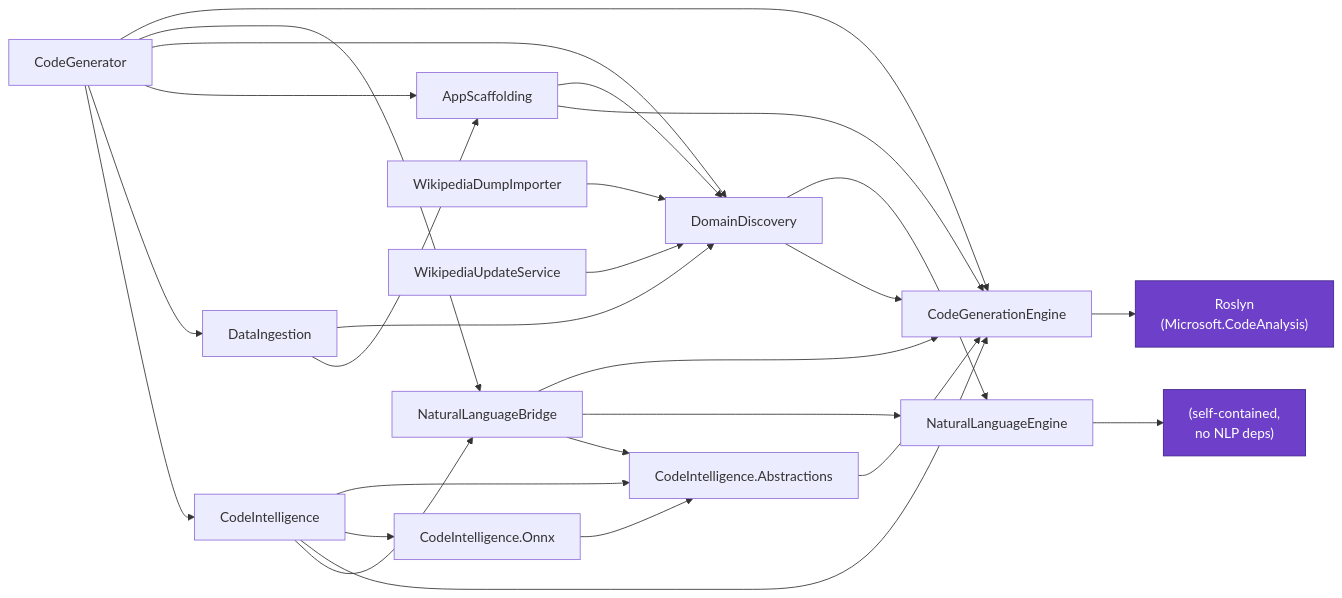
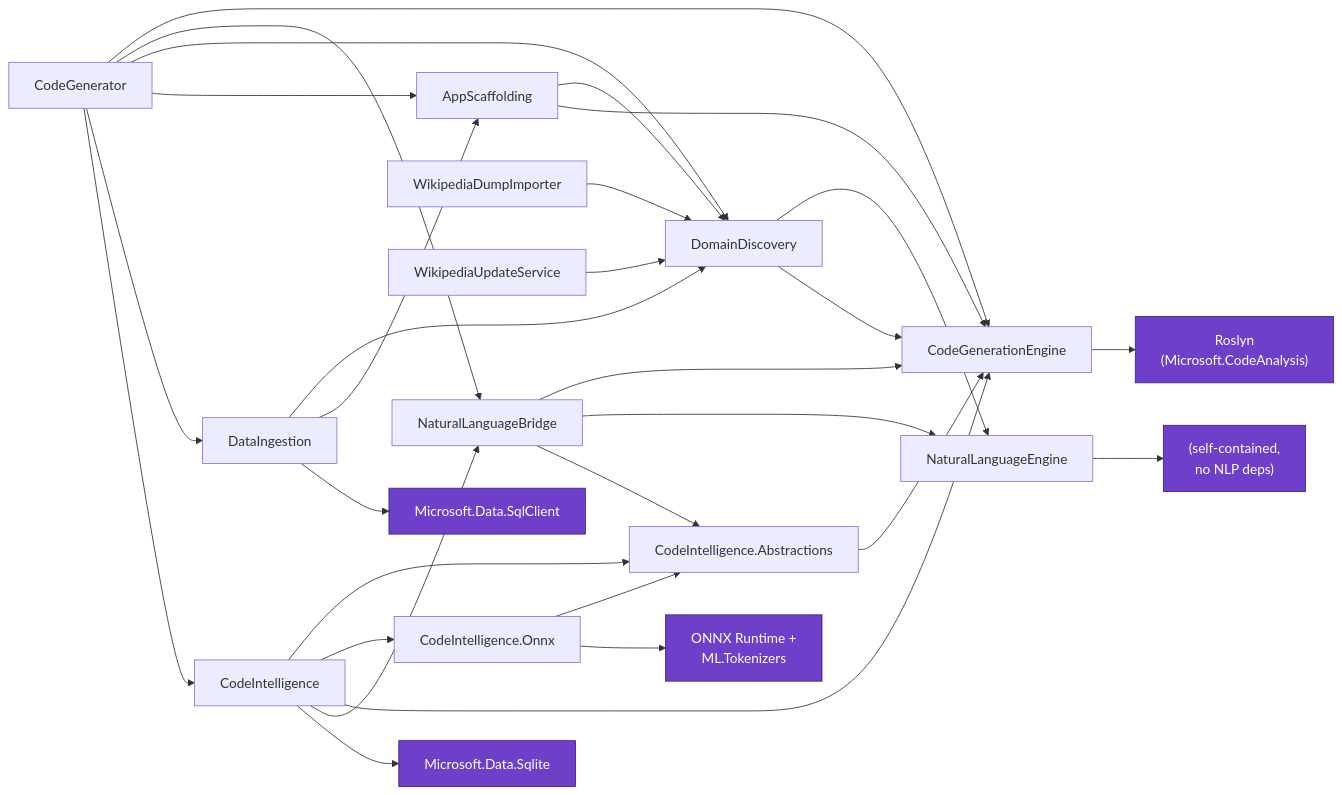
One commit to rohit-sharma444/SmartCodeGenerator changed the third of 7 diagrams in docs/architecture.md. Above: the diagram before and after it, drawn with Mermaid. The commit also changed other lines of this file and 34 other files, not shown here.

First line of the commit message:
docs: refresh help, user manual, READMEs and diagrams against the code

````diff
--- a/docs/architecture.md
+++ b/docs/architecture.md
@@ -277,31 +290,34 @@
 ```mermaid
 flowchart LR
     CodeGenerator --> CodeGenerationEngine
     CodeGenerator --> NaturalLanguageBridge
     CodeGenerator --> DomainDiscovery
     CodeGenerator --> AppScaffolding
     CodeGenerator --> DataIngestion
     CodeGenerator --> CodeIntelligence
     NaturalLanguageBridge --> CodeGenerationEngine
     NaturalLanguageBridge --> NaturalLanguageEngine
     NaturalLanguageBridge --> CodeIntelligence.Abstractions
     CodeIntelligence --> CodeIntelligence.Abstractions
     CodeIntelligence --> CodeIntelligence.Onnx
     CodeIntelligence --> CodeGenerationEngine
     CodeIntelligence --> NaturalLanguageBridge
     CodeIntelligence.Onnx --> CodeIntelligence.Abstractions
     CodeIntelligence.Abstractions --> CodeGenerationEngine
     DomainDiscovery --> NaturalLanguageEngine
     DomainDiscovery --> CodeGenerationEngine
     WikipediaDumpImporter --> DomainDiscovery
     WikipediaUpdateService --> DomainDiscovery
     AppScaffolding --> DomainDiscovery
     AppScaffolding --> CodeGenerationEngine
     DataIngestion --> DomainDiscovery
     DataIngestion --> AppScaffolding
     CodeGenerationEngine --> Roslyn["Roslyn<br/>(Microsoft.CodeAnalysis)"]
+    CodeIntelligence.Onnx --> OnnxRuntime["ONNX Runtime +<br/>ML.Tokenizers"]
+    CodeIntelligence --> Sqlite["Microsoft.Data.Sqlite"]
+    DataIngestion --> SqlClient["Microsoft.Data.SqlClient"]
     NaturalLanguageEngine --> selfcontained["(self-contained,<br/>no NLP deps)"]
 
     classDef ext fill:#6e40c9,stroke:#3f228f,color:#fff
-    class Roslyn,selfcontained ext
+    class Roslyn,OnnxRuntime,Sqlite,SqlClient,selfcontained ext
 ```
````
